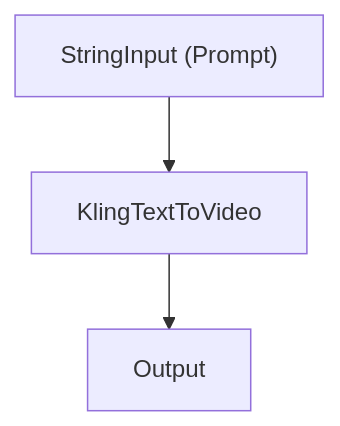
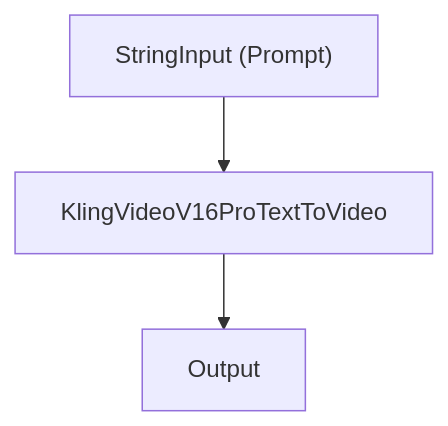
Before and after one commit to nodetool-ai/nodetool: diagram 12 of 17 in docs/cookbook/patterns.md, drawn with Mermaid. The commit also changed other lines of this file and 683 other files, not shown here.

```diff
--- a/docs/cookbook/patterns.md
+++ b/docs/cookbook/patterns.md
@@ -418,8 +414,8 @@
 {% mermaid %}
 graph TD
   string_input["StringInput (Prompt)"]
   output["Output"]
-  kling_text_to_video["KlingTextToVideo"]
+  kling_text_to_video["KlingVideoV16ProTextToVideo"]
   string_input --> kling_text_to_video
   kling_text_to_video --> output
 {% endmermaid %}
```
